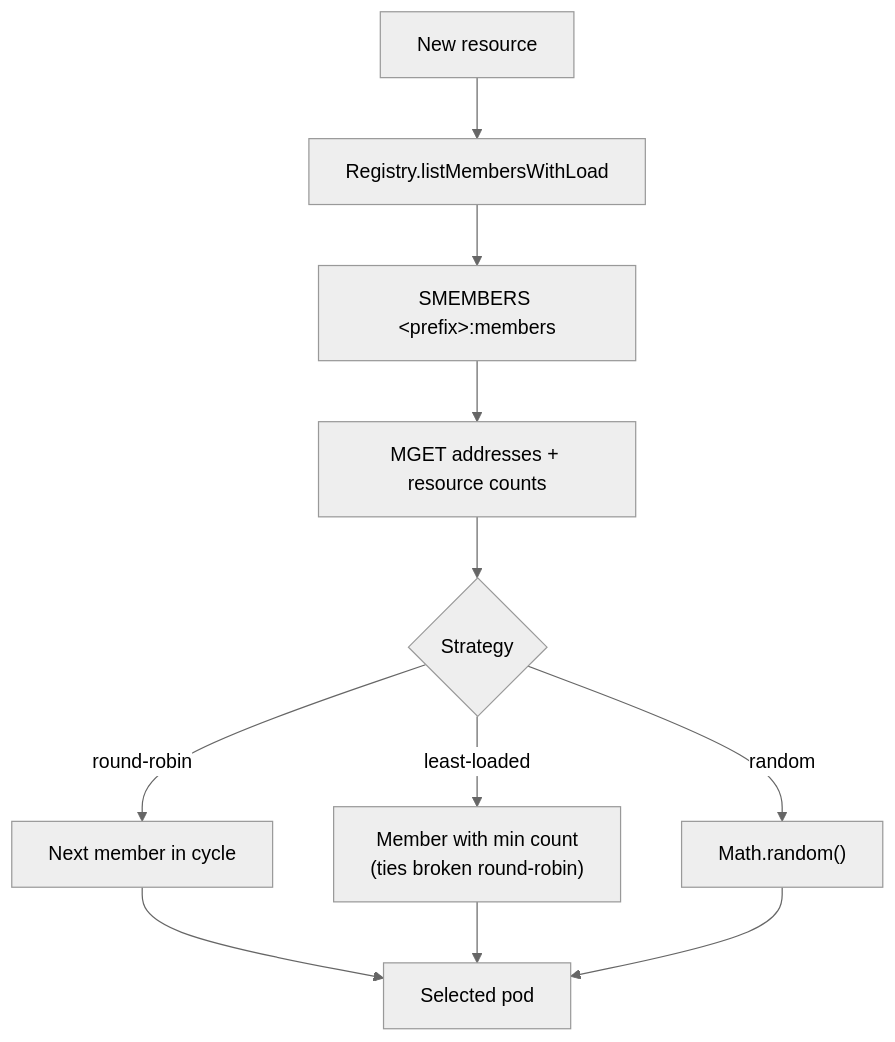
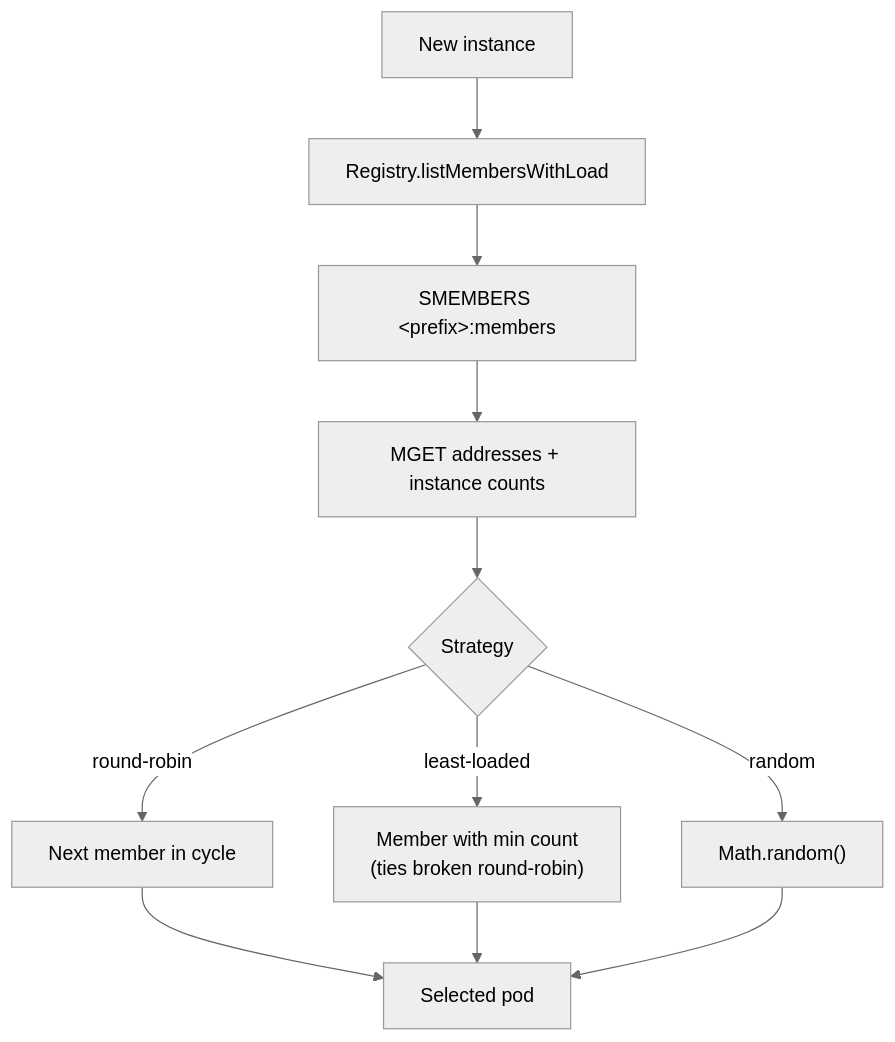
The second of 3 diagrams in README.md (platformatic/coordinator), drawn with Mermaid (neutral theme) before and after one commit. The commit also changed other lines of this file and 8 other files, not shown here.

````diff
--- a/README.md
+++ b/README.md
@@ -85,15 +85,15 @@
 ```mermaid
 flowchart TD
-    A[New resource] --> B[Registry.listMembersWithLoad]
+    A[New instance] --> B[Registry.listMembersWithLoad]
     B --> C["SMEMBERS &lt;prefix&gt;:members"]
-    C --> D["MGET addresses + resource counts"]
+    C --> D["MGET addresses + instance counts"]
     D --> E{Strategy}
 
     E -->|round-robin| F["Next member in cycle"]
     E -->|least-loaded| G["Member with min count<br/>(ties broken round-robin)"]
     E -->|random| H["Math.random()"]
 
     F --> I[Selected pod]
     G --> I
     H --> I
 ```
````
